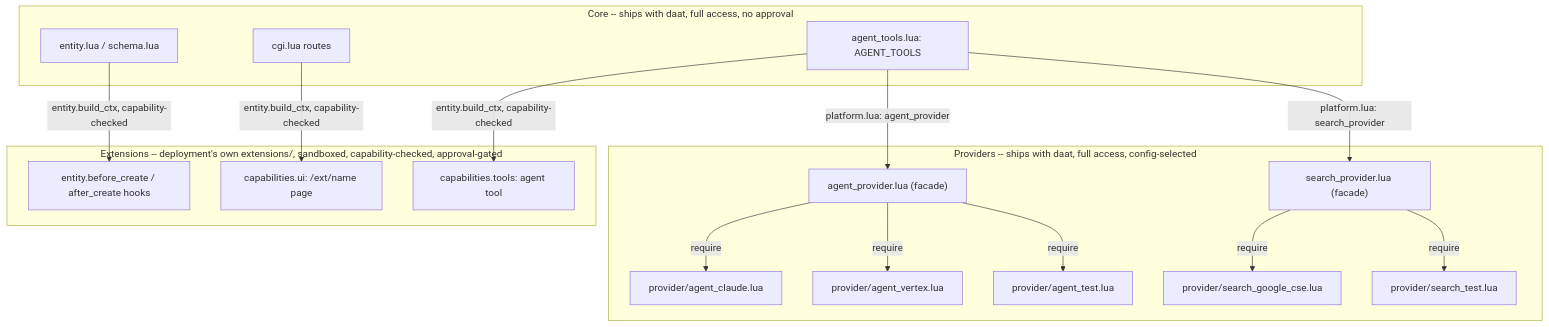
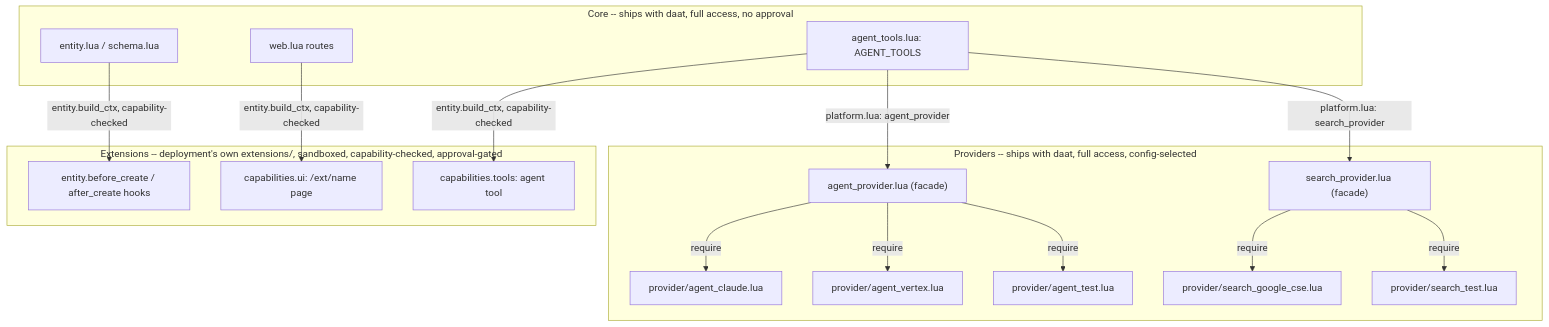
One commit to BenSiv/daat changed the diagram in doc/architecture.md. Above: the diagram before and after it, drawn with Mermaid. The commit also changed other lines of this file and 45 other files, not shown here.

Commit message:
Complete cgi/html to web/ui rename across modules, tests, comments, and docs

````diff
--- a/doc/architecture.md
+++ b/doc/architecture.md
@@ -59,35 +59,35 @@
 ```mermaid
 graph TB
     subgraph core["Core -- ships with daat, full access, no approval"]
-        cgi["cgi.lua routes"]
+        cgi["web.lua routes"]
         entitylua["entity.lua / schema.lua"]
         agenttools["agent_tools.lua: AGENT_TOOLS"]
     end
 
     subgraph providers["Providers -- ships with daat, full access, config-selected"]
         agentprovider["agent_provider.lua (facade)"]
         searchprovider["search_provider.lua (facade)"]
         agentclaude["provider/agent_claude.lua"]
         agentvertex["provider/agent_vertex.lua"]
         agenttest["provider/agent_test.lua"]
         searchgcse["provider/search_google_cse.lua"]
         searchtest["provider/search_test.lua"]
     end
 
     subgraph extensions["Extensions -- deployment's own extensions/, sandboxed, capability-checked, approval-gated"]
         hooks["entity.before_create / after_create hooks"]
         uiext["capabilities.ui: /ext/name page"]
         toolext["capabilities.tools: agent tool"]
     end
 
     agenttools -- "platform.lua: agent_provider" --> agentprovider
     agenttools -- "platform.lua: search_provider" --> searchprovider
     agentprovider -->|require| agentclaude
     agentprovider -->|require| agentvertex
     agentprovider -->|require| agenttest
     searchprovider -->|require| searchgcse
     searchprovider -->|require| searchtest
     entitylua -- "entity.build_ctx, capability-checked" --> hooks
     cgi -- "entity.build_ctx, capability-checked" --> uiext
     agenttools -- "entity.build_ctx, capability-checked" --> toolext
 ```
````
